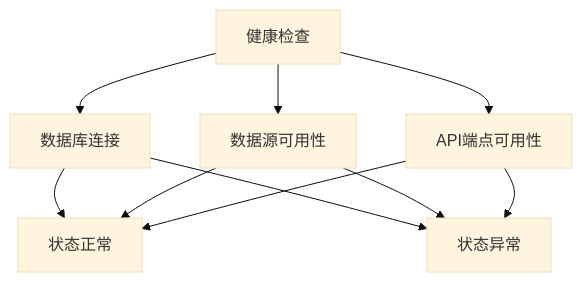
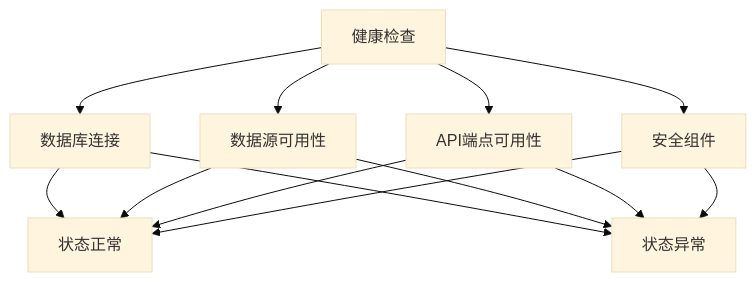
One commit to raymodny-ai/The-Modern-Turtle-Protocol changed the ninth of 9 diagrams in .qoder/repowiki/zh/content/API接口文档.md. Above: the diagram before and after it, drawn with Mermaid (base theme). The commit also changed other lines of this file and 15 other files, not shown here.

````diff
--- a/.qoder/repowiki/zh/content/API接口文档.md
+++ b/.qoder/repowiki/zh/content/API接口文档.md
@@ -791,12 +1146,15 @@
 ```mermaid
 graph TD
 HealthCheck[健康检查] --> Database[数据库连接]
 HealthCheck --> DataSources[数据源可用性]
 HealthCheck --> APIEndpoints[API端点可用性]
+HealthCheck --> Security[安全组件]
 Database --> StatusOK[状态正常]
 Database --> StatusError[状态异常]
 DataSources --> StatusOK
 DataSources --> StatusError
 APIEndpoints --> StatusOK
 APIEndpoints --> StatusError
+Security --> StatusOK
+Security --> StatusError
 ```
````
